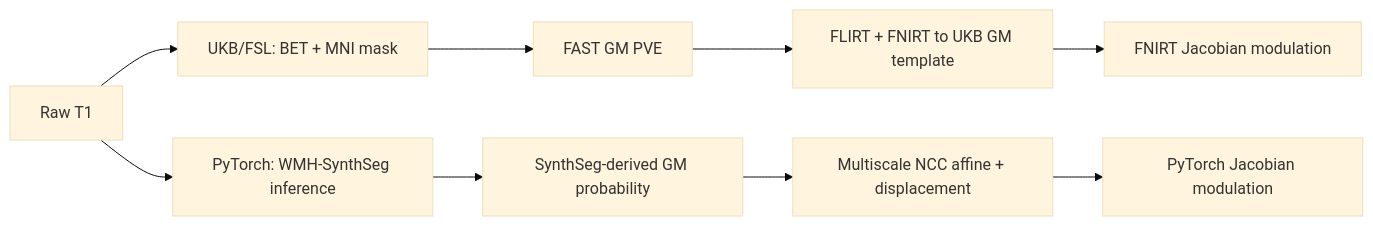
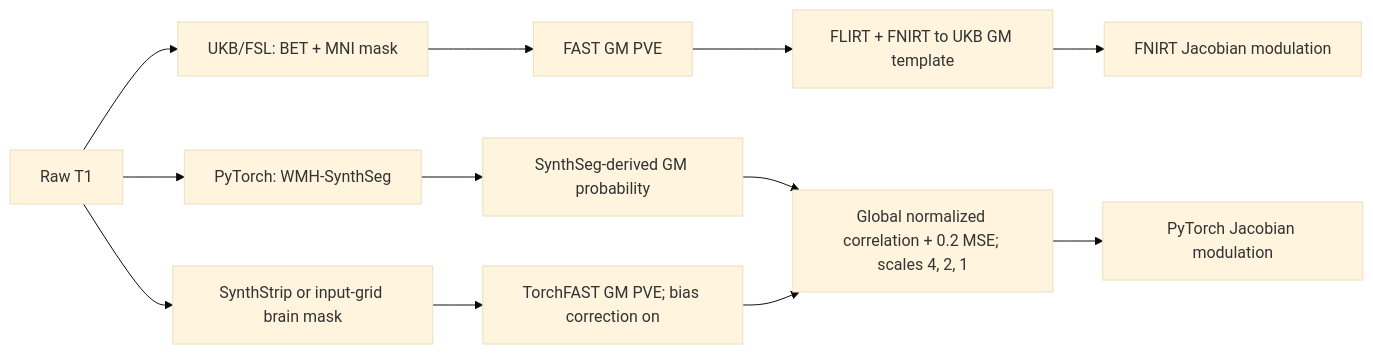
One commit to weikanggong1/Weikang-BrainMRI changed the diagram in docs/ukb_vbm/README.md. Above: the diagram before and after it, drawn with Mermaid (base theme). The commit also changed other lines of this file and 47 other files, not shown here.

Commit message:
Add TorchFAST GPU tissue segmentation and bias correction

````diff
--- a/docs/ukb_vbm/README.md
+++ b/docs/ukb_vbm/README.md
@@ -30,12 +30,15 @@
 ```mermaid
 flowchart LR
   A[Raw T1] --> B1[UKB/FSL: BET + MNI mask]
   B1 --> C1[FAST GM PVE]
   C1 --> D1[FLIRT + FNIRT to UKB GM template]
   D1 --> E1[FNIRT Jacobian modulation]
 
-  A --> B2[PyTorch: WMH-SynthSeg inference]
-  B2 --> C2[SynthSeg-derived GM probability]
-  C2 --> D2[Multiscale NCC affine + displacement]
+  A --> B2a[PyTorch: WMH-SynthSeg]
+  B2a --> C2a[SynthSeg-derived GM probability]
+  A --> B2b[SynthStrip or input-grid brain mask]
+  B2b --> C2b[TorchFAST GM PVE; bias correction on]
+  C2a --> D2[Global normalized correlation + 0.2 MSE; scales 4, 2, 1]
+  C2b --> D2
   D2 --> E2[PyTorch Jacobian modulation]
 ```
````
